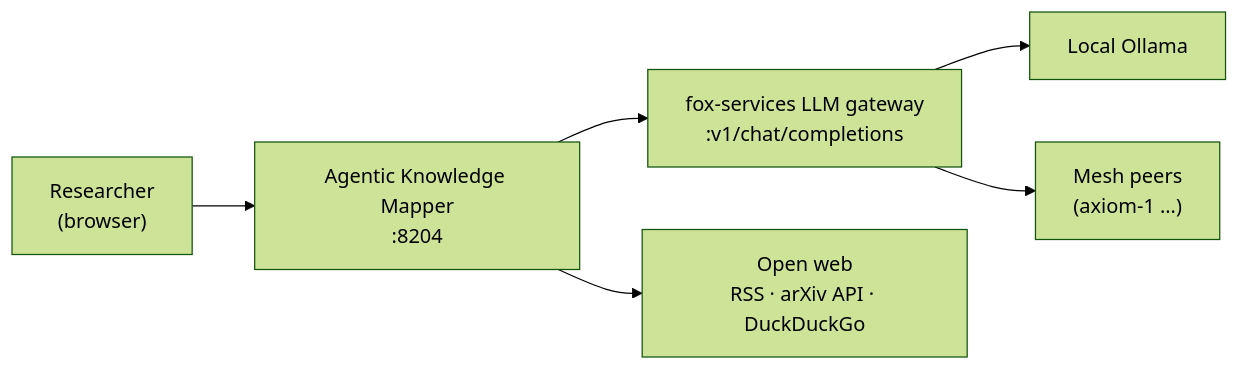
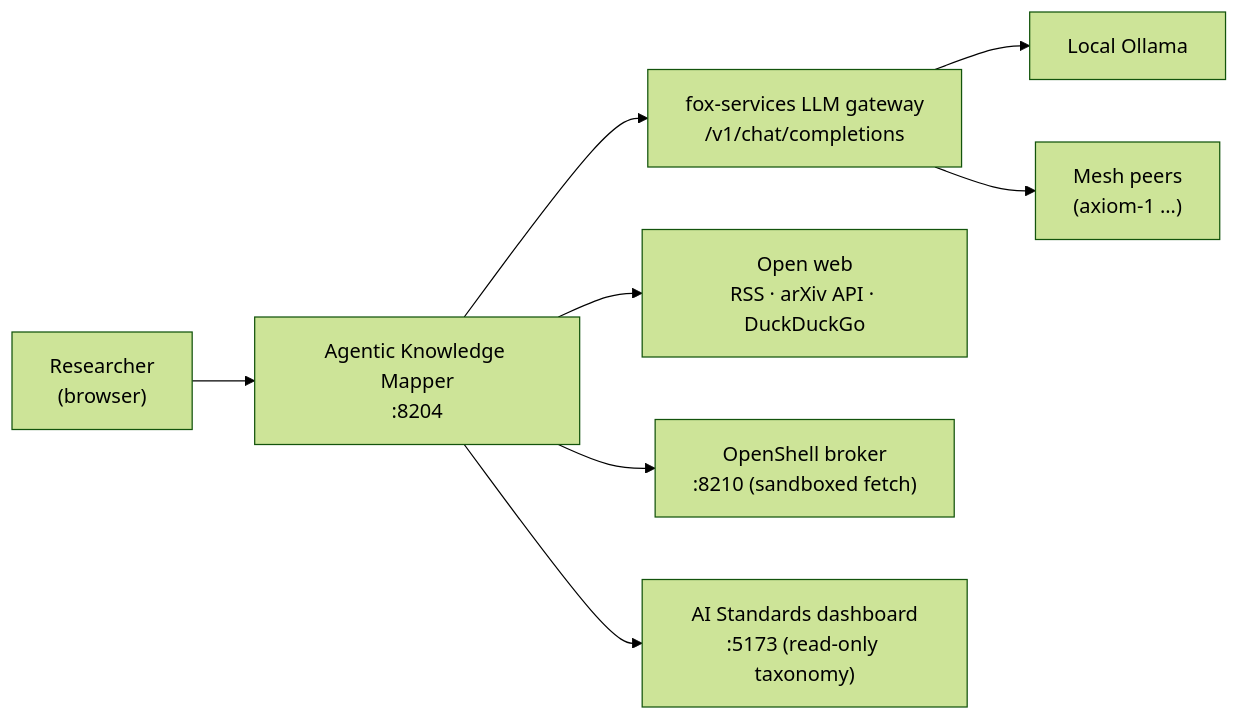
Before and after one commit to harishgovardhandamodar/agentic-knowledge-mapper: the first of 4 diagrams in docs/architecture.md, drawn with Mermaid (forest theme). The commit also changed other lines of this file and 31 other files, not shown here.

````diff
--- a/docs/architecture.md
+++ b/docs/architecture.md
@@ -12,8 +12,10 @@
 ```mermaid
 flowchart LR
-    U["Researcher\n(browser)"] --> AKM["Agentic Knowledge Mapper\n:8204"]
-    AKM --> GW["fox-services LLM gateway\n:v1/chat/completions"]
+    U["Researcher<br/>(browser)"] --> AKM["Agentic Knowledge Mapper<br/>:8204"]
+    AKM --> GW["fox-services LLM gateway<br/>/v1/chat/completions"]
     GW --> L1["Local Ollama"]
-    GW --> L2["Mesh peers\n(axiom-1 …)"]
-    AKM --> WEB["Open web\nRSS · arXiv API · DuckDuckGo"]
+    GW --> L2["Mesh peers<br/>(axiom-1 …)"]
+    AKM --> WEB["Open web<br/>RSS · arXiv API · DuckDuckGo"]
+    AKM --> OS["OpenShell broker<br/>:8210 (sandboxed fetch)"]
+    AKM --> STD["AI Standards dashboard<br/>:5173 (read-only taxonomy)"]
 ```
````
